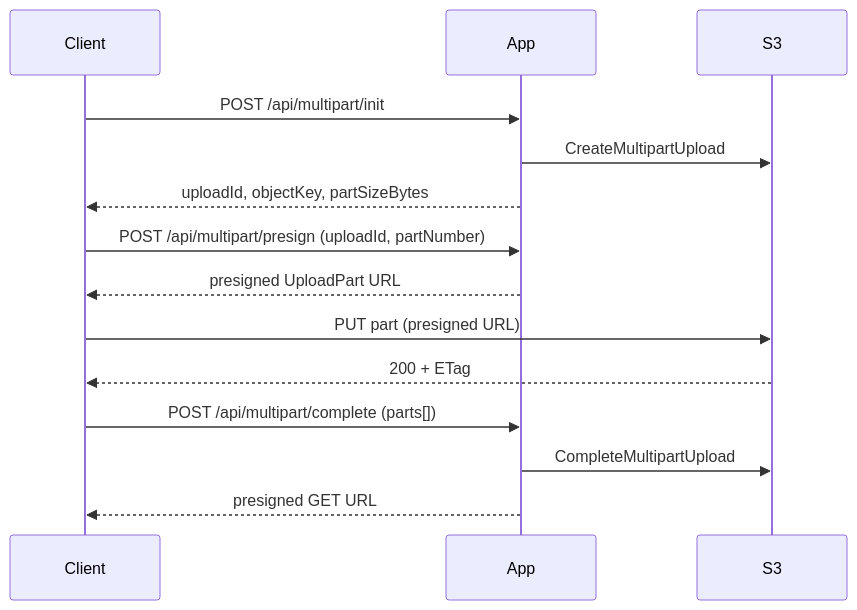
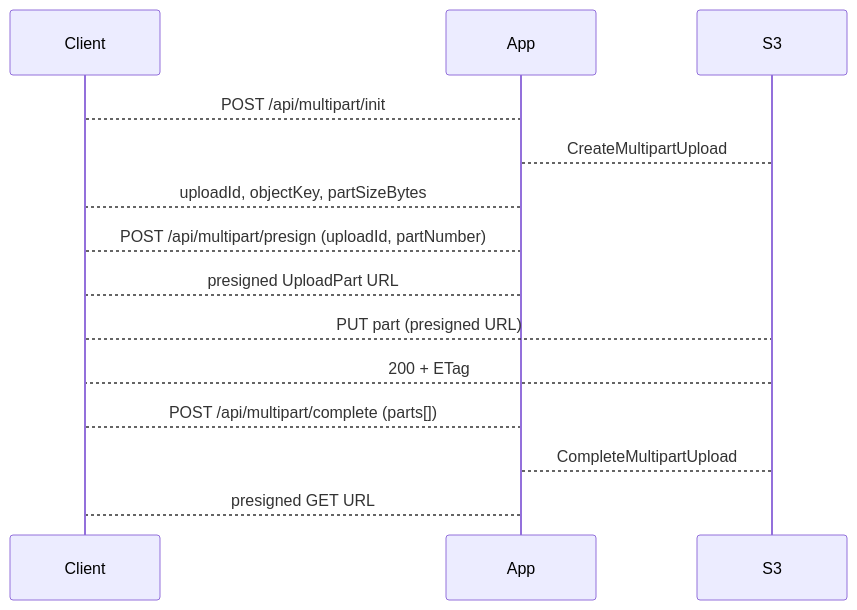
The sixth of 10 diagrams in dropbox/README.md (ShalomDeitch1/examples), drawn with Mermaid before and after one commit. The commit also changed other lines of this file, not shown here.

````diff
--- a/dropbox/README.md
+++ b/dropbox/README.md
@@ -122,19 +122,19 @@
 ```mermaid
 sequenceDiagram
   participant Client
   participant App
   participant S3
 
-  Client->>App: POST /api/multipart/init
-  App->>S3: CreateMultipartUpload
-  App-->>Client: uploadId, objectKey, partSizeBytes
+  Client-->App: POST /api/multipart/init
+  App-->S3: CreateMultipartUpload
+  App-->Client: uploadId, objectKey, partSizeBytes
 
-  Client->>App: POST /api/multipart/presign (uploadId, partNumber)
-  App-->>Client: presigned UploadPart URL
-  Client->>S3: PUT part (presigned URL)
-  S3-->>Client: 200 + ETag
+  Client-->App: POST /api/multipart/presign (uploadId, partNumber)
+  App-->Client: presigned UploadPart URL
+  Client-->S3: PUT part (presigned URL)
+  S3-->Client: 200 + ETag
 
-  Client->>App: POST /api/multipart/complete (parts[])
-  App->>S3: CompleteMultipartUpload
-  App-->>Client: presigned GET URL
+  Client-->App: POST /api/multipart/complete (parts[])
+  App-->S3: CompleteMultipartUpload
+  App-->Client: presigned GET URL
 ```
````
